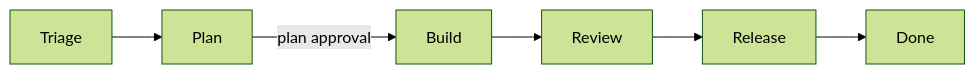
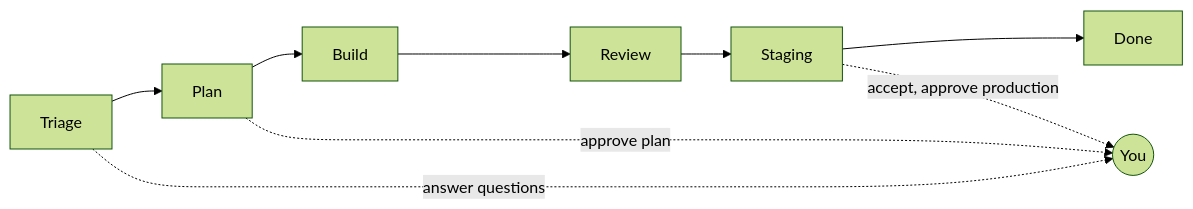
Before and after one commit to getbauherr/bauherr: the diagram in README.md, drawn with Mermaid (forest theme). The commit also changed other lines of this file and 16 other files, not shown here.

````diff
--- a/README.md
+++ b/README.md
@@ -23,8 +63,11 @@
 ```mermaid
 flowchart LR
   T[Triage] --> P[Plan]
-  P -->|plan approval| B[Build]
+  P --> B[Build]
   B --> R[Review]
-  R --> Rel[Release]
-  Rel --> D[Done]
+  R --> S[Staging]
+  S --> D[Done]
+  T -. "answer questions" .-> You((You))
+  P -. "approve plan" .-> You
+  S -. "accept, approve production" .-> You
 ```
````
